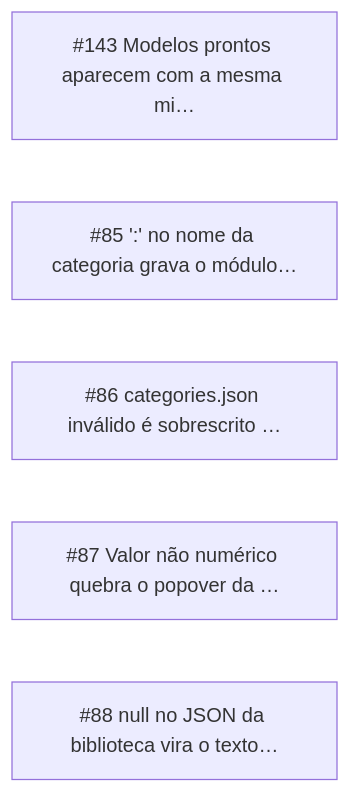
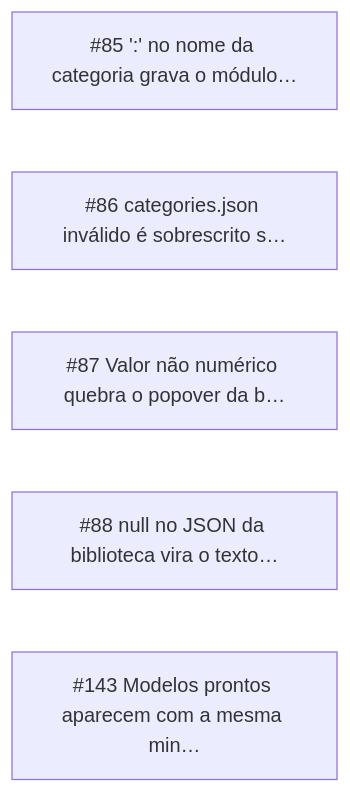
Before and after one commit to CAFFDIGITALPLATFORM/caffmob_draw: the diagram in _reversa_bugs/library_panel/generated/graph.md, drawn with Mermaid. The commit also changed other lines of this file and 220 other files, not shown here.

````diff
--- a/_reversa_bugs/library_panel/generated/graph.md
+++ b/_reversa_bugs/library_panel/generated/graph.md
@@ -5,8 +5,8 @@
 ```mermaid
 graph LR
-  BUG_20261014_RWU2["#143 Modelos prontos aparecem com a mesma mi…"]
   BUG_20261011_3UWR["#85 ':' no nome da categoria grava o módulo…"]
-  BUG_20261011_C7IK["#86 categories.json inválido é sobrescrito …"]
-  BUG_20261011_2HDG["#87 Valor não numérico quebra o popover da …"]
+  BUG_20261011_C7IK["#86 categories.json inválido é sobrescrito s…"]
+  BUG_20261011_2HDG["#87 Valor não numérico quebra o popover da b…"]
   BUG_20261011_NCPI["#88 null no JSON da biblioteca vira o texto…"]
+  BUG_20261014_RWU2["#143 Modelos prontos aparecem com a mesma min…"]
 ```
````
